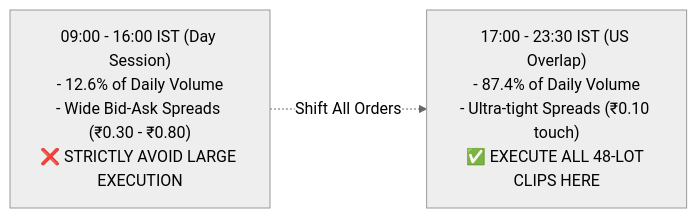
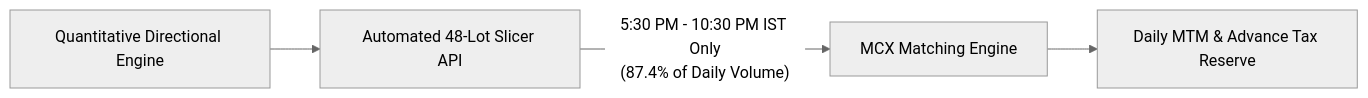
One commit to yieldchaser/mcx-margins changed the third of 6 diagrams in models/execution_and_tax_validation_plan.md. Above: the diagram before and after it, drawn with Mermaid (neutral theme). The commit also changed other lines of this file, not shown here.

````diff
--- a/models/execution_and_tax_validation_plan.md
+++ b/models/execution_and_tax_validation_plan.md
@@ -52,8 +75,6 @@
 ```mermaid
 flowchart LR
-    Morning["09:00 - 16:00 IST (Day Session)\n- 12.6% of Daily Volume\n- Wide Bid-Ask Spreads (₹0.30 - ₹0.80)\n❌ STRICTLY AVOID LARGE EXECUTION"]
-    
-    Evening["17:00 - 23:30 IST (US Overlap)\n- 87.4% of Daily Volume\n- Ultra-tight Spreads (₹0.10 touch)\n✅ EXECUTE ALL 48-LOT CLIPS HERE"]
-    
-    Morning -.->|Shift All Orders| Evening
+    Strategy["Quantitative Directional Engine"] --> Slicer["Automated 48-Lot Slicer API"]
+    Slicer -->|"5:30 PM - 10:30 PM IST Only\n(87.4% of Daily Volume)"| MCX["MCX Matching Engine"]
+    MCX --> Settlement["Daily MTM & Advance Tax Reserve"]
 ```
````
